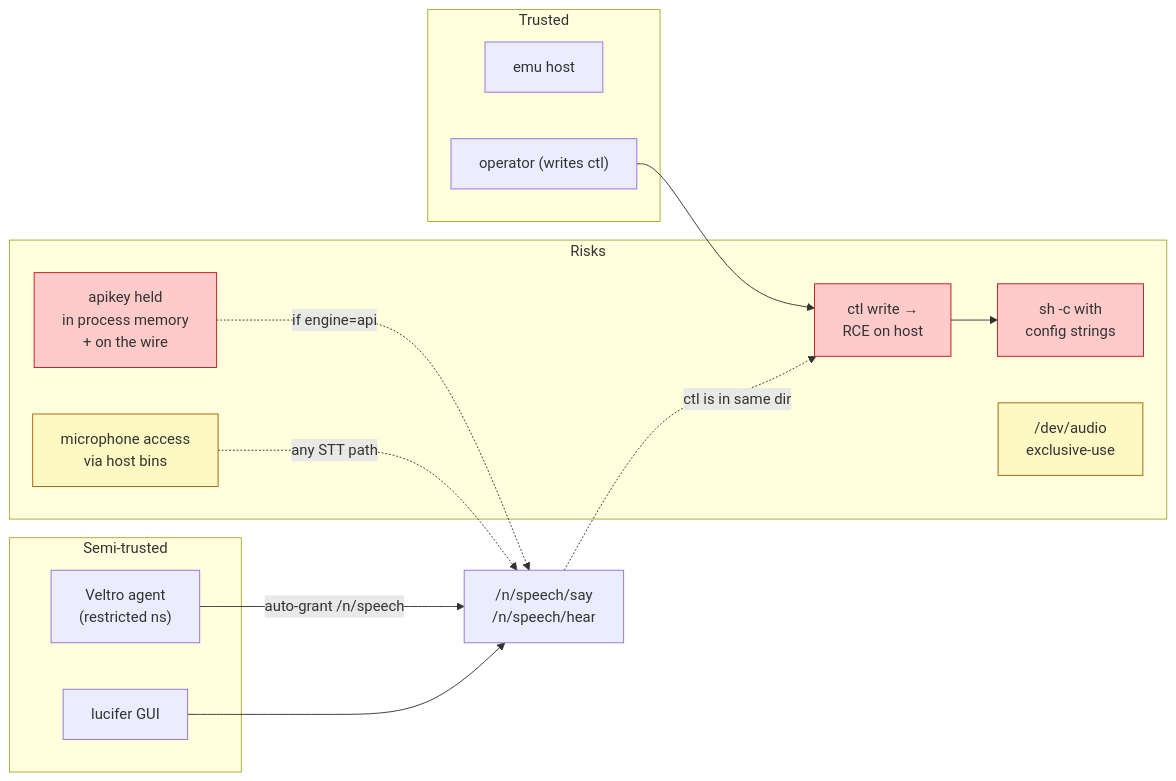
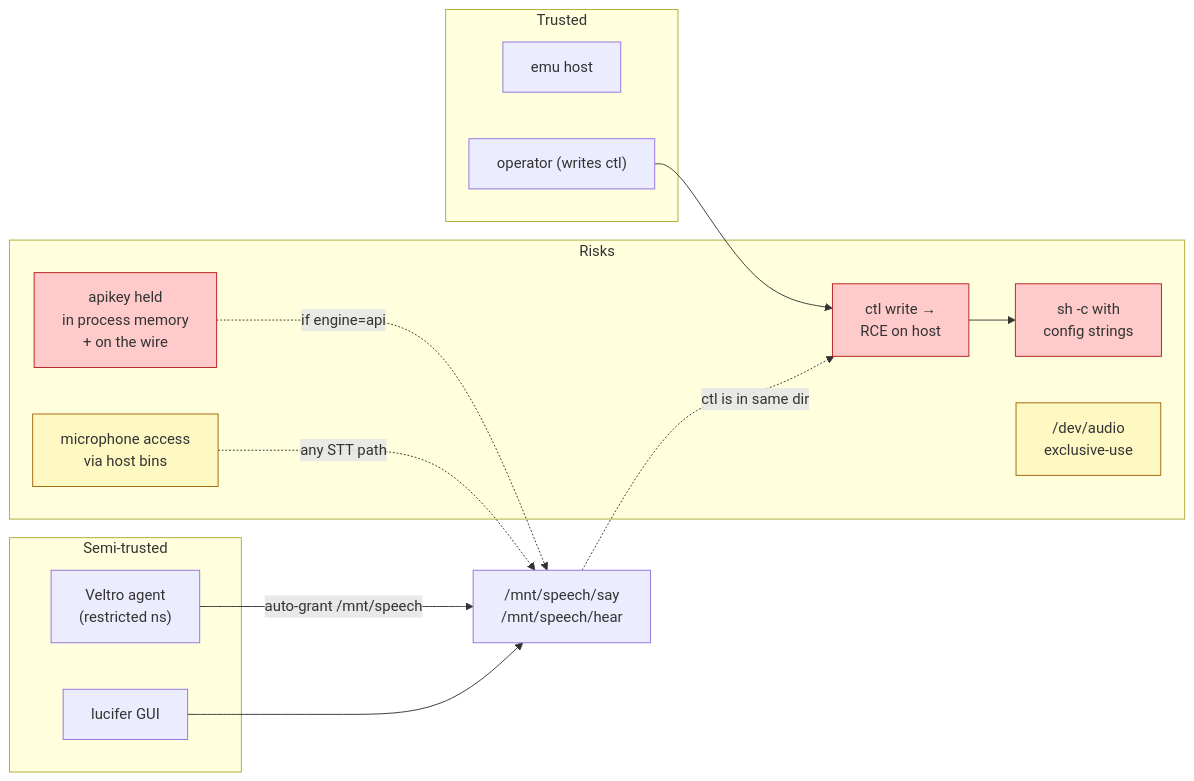
One commit to Ticed/infernode-os changed diagram 12 of 16 in docs/SPEECH-ARCHITECTURE.md. Above: the diagram before and after it, drawn with Mermaid. The commit also changed other lines of this file and 66 other files, not shown here.

````diff
--- a/docs/SPEECH-ARCHITECTURE.md
+++ b/docs/SPEECH-ARCHITECTURE.md
@@ -712,32 +712,32 @@
 ```mermaid
 flowchart LR
     subgraph trusted["Trusted"]
         emu_t["emu host"]
         op["operator (writes ctl)"]
     end
     subgraph semi["Semi-trusted"]
         agent["Veltro agent<br/>(restricted ns)"]
         gui["lucifer GUI"]
     end
     subgraph risk["Risks"]
         ctlrce["ctl write →<br/>RCE on host"]
         hostshell["sh -c with<br/>config strings"]
         api_leak["apikey held<br/>in process memory<br/>+ on the wire"]
         mic_priv["microphone access<br/>via host bins"]
         dev_audio["/dev/audio<br/>exclusive-use"]
     end
 
     op --> ctlrce
     ctlrce --> hostshell
-    agent -- "auto-grant /n/speech" --> mount["/n/speech/say<br/>/n/speech/hear"]
+    agent -- "auto-grant /mnt/speech" --> mount["/mnt/speech/say<br/>/mnt/speech/hear"]
     gui --> mount
     mount -. "ctl is in same dir" .-> ctlrce
     api_leak -. "if engine=api" .-> mount
     mic_priv -. "any STT path" .-> mount
 
     classDef bad fill:#fecaca,stroke:#b91c1c
     classDef warn fill:#fef9c3,stroke:#a16207
     classDef good fill:#dcfce7,stroke:#15803d
     class ctlrce,hostshell,api_leak bad
     class mic_priv,dev_audio warn
 ```
````
